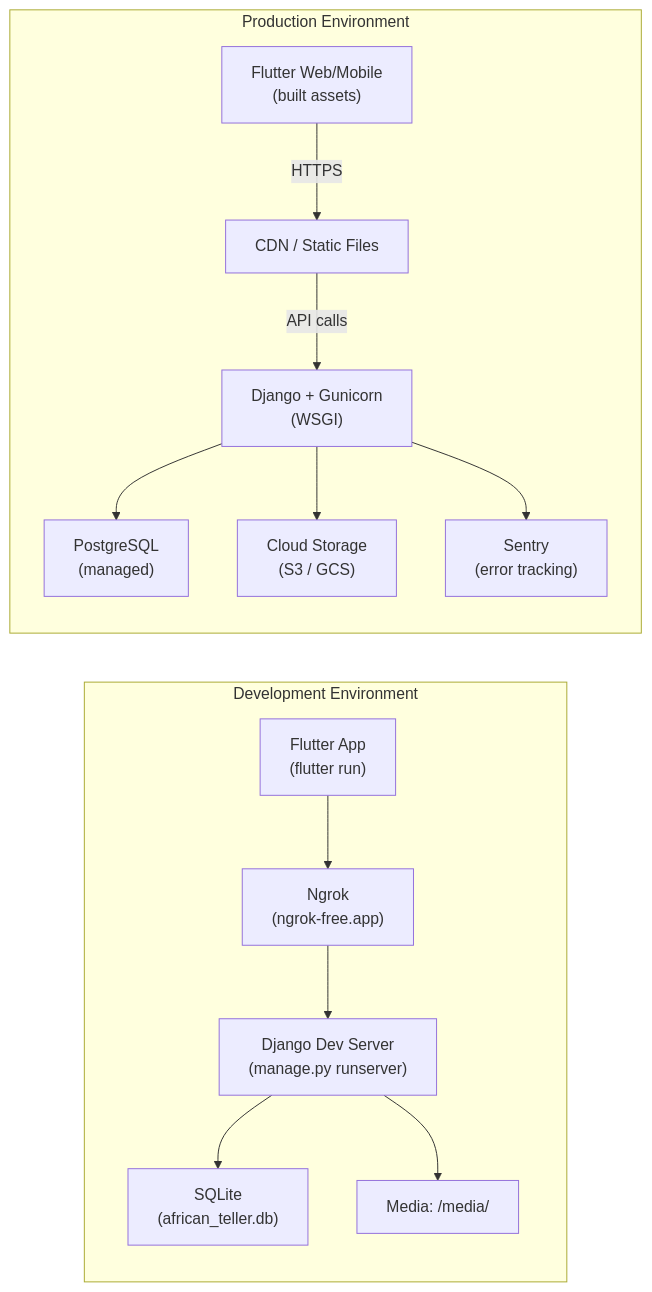
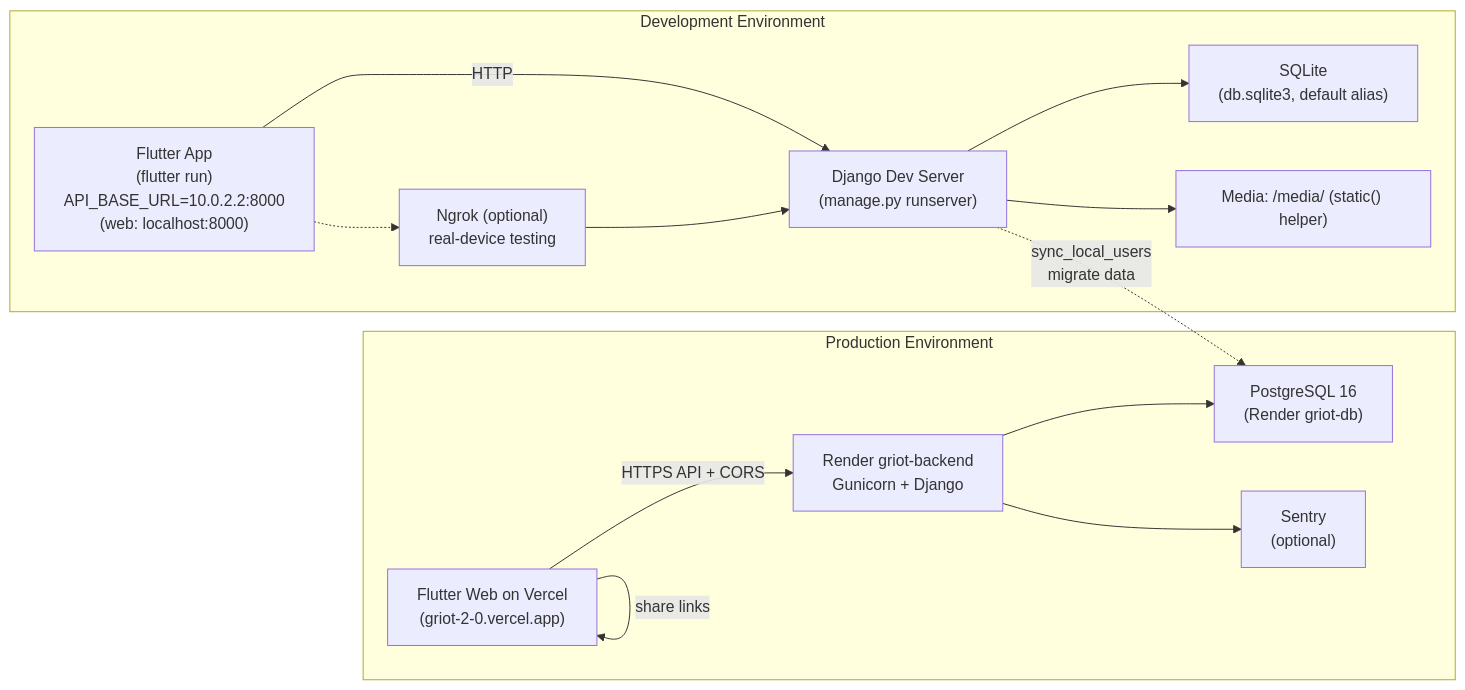
The second of 3 diagrams in docs/diagrams/07-deployment-diagram.md (fabiljayson/Griot-2.0), drawn with Mermaid before and after one commit. The commit also changed other lines of this file and 87 other files, not shown here.

````diff
--- a/docs/diagrams/07-deployment-diagram.md
+++ b/docs/diagrams/07-deployment-diagram.md
@@ -118,30 +110,30 @@
 ```mermaid
 flowchart LR
     subgraph "Development Environment"
-        DevApp["Flutter App<br/>(flutter run)"]
+        DevApp["Flutter App<br/>(flutter run)<br/>API_BASE_URL=10.0.2.2:8000<br/>(web: localhost:8000)"]
         DevServer["Django Dev Server<br/>(manage.py runserver)"]
-        DevDB["SQLite<br/>(african_teller.db)"]
-        DevNgrok["Ngrok<br/>(ngrok-free.app)"]
-        DevMedia["Media: /media/"]
+        DevDB["SQLite<br/>(db.sqlite3, default alias)"]
+        DevNgrok["Ngrok (optional)<br/>real-device testing"]
+        DevMedia["Media: /media/ (static() helper)"]
 
-        DevApp --> DevNgrok
+        DevApp -->|HTTP| DevServer
+        DevApp -.-> DevNgrok
         DevNgrok --> DevServer
         DevServer --> DevDB
         DevServer --> DevMedia
     end
 
     subgraph "Production Environment"
-        ProdApp["Flutter Web/Mobile<br/>(built assets)"]
-        ProdServer["Django + Gunicorn<br/>(WSGI)"]
-        ProdDB["PostgreSQL<br/>(managed)"]
-        ProdCDN["CDN / Static Files"]
-        ProdMedia["Cloud Storage<br/>(S3 / GCS)"]
-        ProdSentry["Sentry<br/>(error tracking)"]
+        ProdApp["Flutter Web on Vercel<br/>(griot-2-0.vercel.app)"]
+        ProdServer["Render griot-backend<br/>Gunicorn + Django"]
+        ProdDB["PostgreSQL 16<br/>(Render griot-db)"]
+        ProdSentry["Sentry<br/>(optional)"]
 
-        ProdApp -->|HTTPS| ProdCDN
-        ProdCDN -->|API calls| ProdServer
+        ProdApp -->|HTTPS API + CORS| ProdServer
         ProdServer --> ProdDB
-        ProdServer --> ProdMedia
         ProdServer --> ProdSentry
+        ProdApp -->|share links| ProdApp
     end
+
+    DevServer -.->|sync_local_users<br/>migrate data| ProdDB
 ```
````
